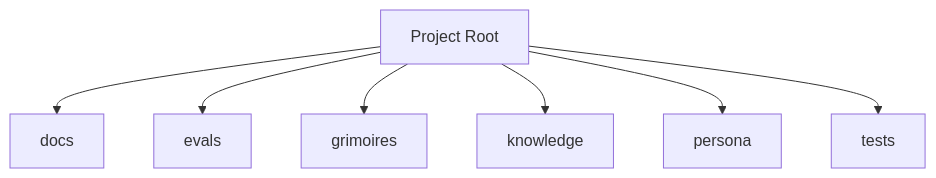
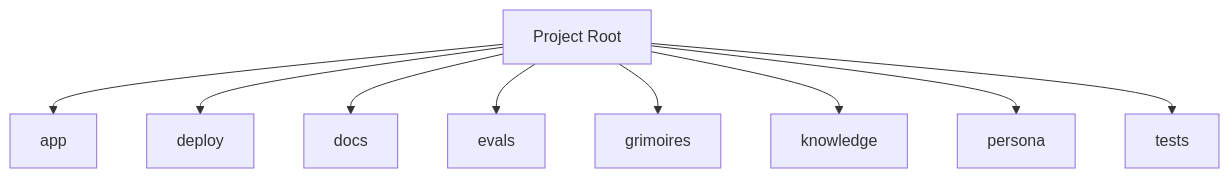
The diagram in BUTTERFREEZONE.md (0xHoneyJar/loa-dixie), drawn with Mermaid before and after one commit. The commit also changed other lines of this file and 2 other files, not shown here.

````diff
--- a/BUTTERFREEZONE.md
+++ b/BUTTERFREEZONE.md
@@ -55,16 +55,20 @@
 ```mermaid
 graph TD
+    app[app]
+    deploy[deploy]
     docs[docs]
     evals[evals]
     grimoires[grimoires]
     knowledge[knowledge]
     persona[persona]
     tests[tests]
     Root[Project Root]
+    Root --> app
+    Root --> deploy
     Root --> docs
     Root --> evals
     Root --> grimoires
     Root --> knowledge
     Root --> persona
     Root --> tests
 ```
````
